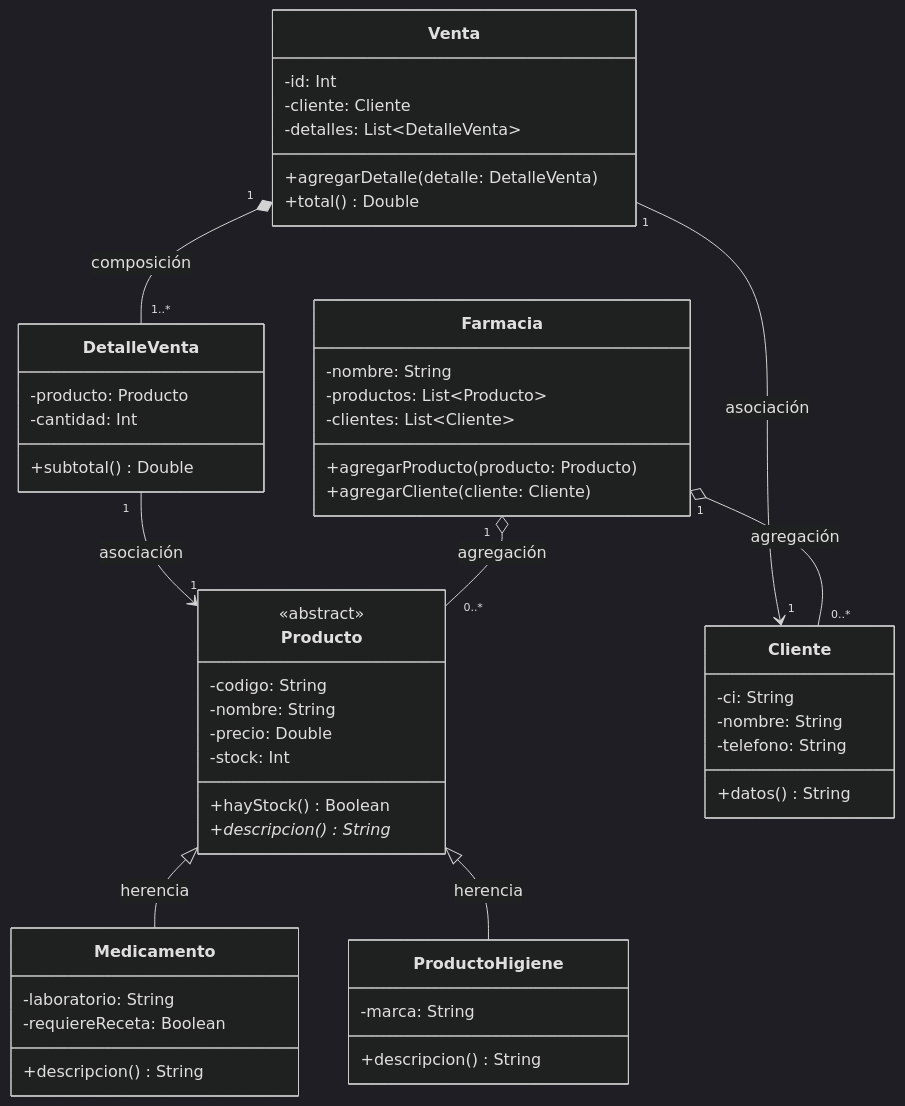
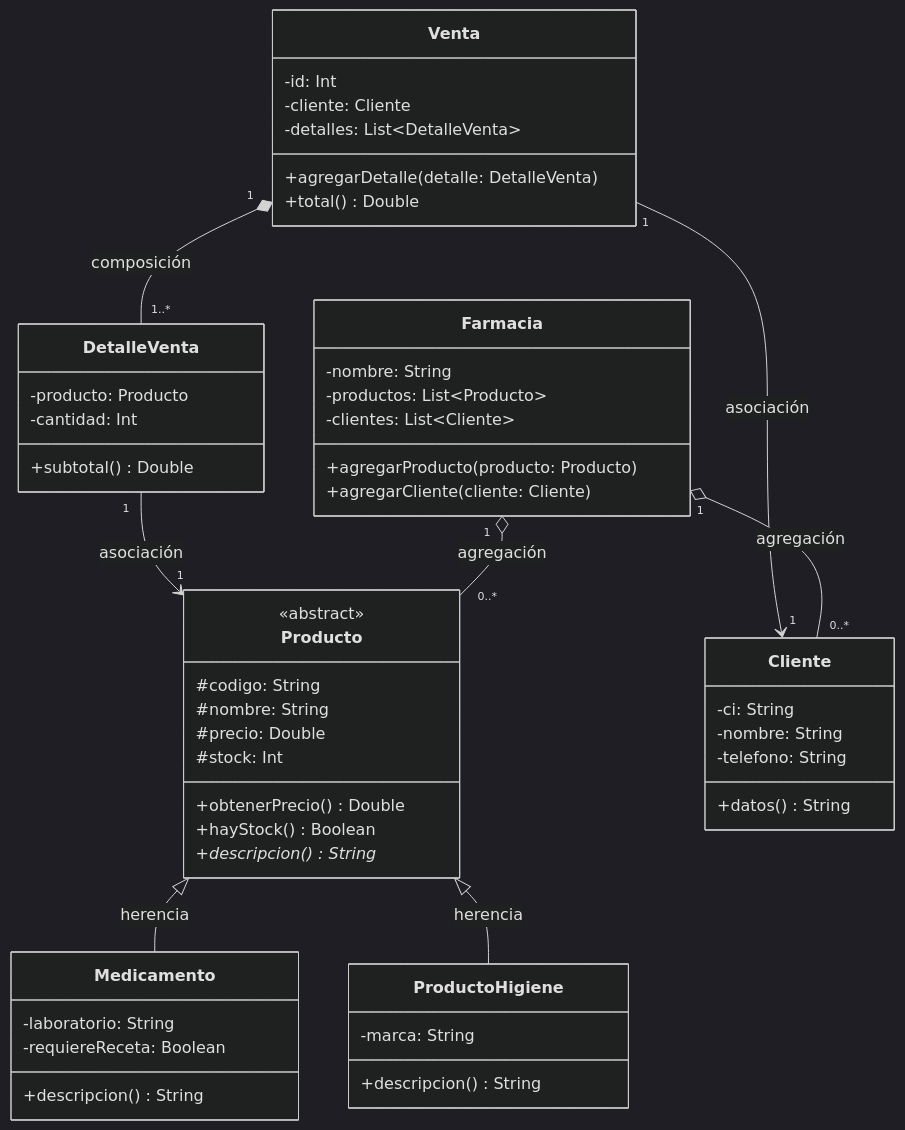
One commit to kadirmirandalaura12-cpu/Farmacia changed the diagram in README.md. Above: the diagram before and after it, drawn with Mermaid (dark theme). The commit also changed 10 other files, not shown here.

````diff
--- a/README.md
+++ b/README.md
@@ -10,60 +10,61 @@
 ```mermaid
 classDiagram
     class Producto {
         <<abstract>>
-        -codigo: String
-        -nombre: String
-        -precio: Double
-        -stock: Int
+        #codigo: String
+        #nombre: String
+        #precio: Double
+        #stock: Int
+        +obtenerPrecio() Double
         +hayStock() Boolean
         +descripcion()* String
     }
 
     class Medicamento {
         -laboratorio: String
         -requiereReceta: Boolean
         +descripcion() String
     }
 
     class ProductoHigiene {
         -marca: String
         +descripcion() String
     }
 
     class Cliente {
         -ci: String
         -nombre: String
         -telefono: String
         +datos() String
     }
 
     class DetalleVenta {
         -producto: Producto
         -cantidad: Int
         +subtotal() Double
     }
 
     class Venta {
         -id: Int
         -cliente: Cliente
         -detalles: List~DetalleVenta~
         +agregarDetalle(detalle: DetalleVenta)
         +total() Double
     }
 
     class Farmacia {
         -nombre: String
         -productos: List~Producto~
         -clientes: List~Cliente~
         +agregarProducto(producto: Producto)
         +agregarCliente(cliente: Cliente)
     }
 
     Producto <|-- Medicamento : herencia
     Producto <|-- ProductoHigiene : herencia
     Venta "1" --> "1" Cliente : asociación
     Venta "1" *-- "1..*" DetalleVenta : composición
     DetalleVenta "1" --> "1" Producto : asociación
     Farmacia "1" o-- "0..*" Producto : agregación
     Farmacia "1" o-- "0..*" Cliente : agregación
 ```
````
